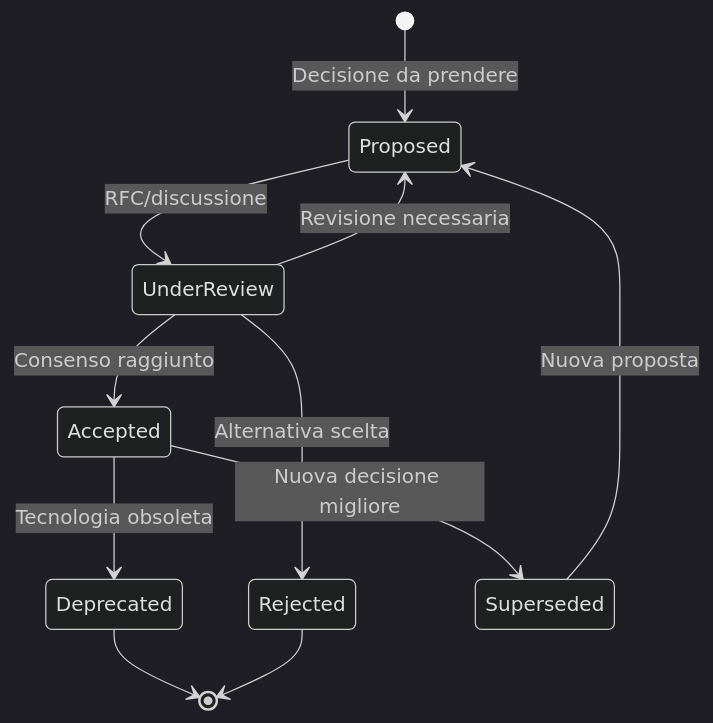
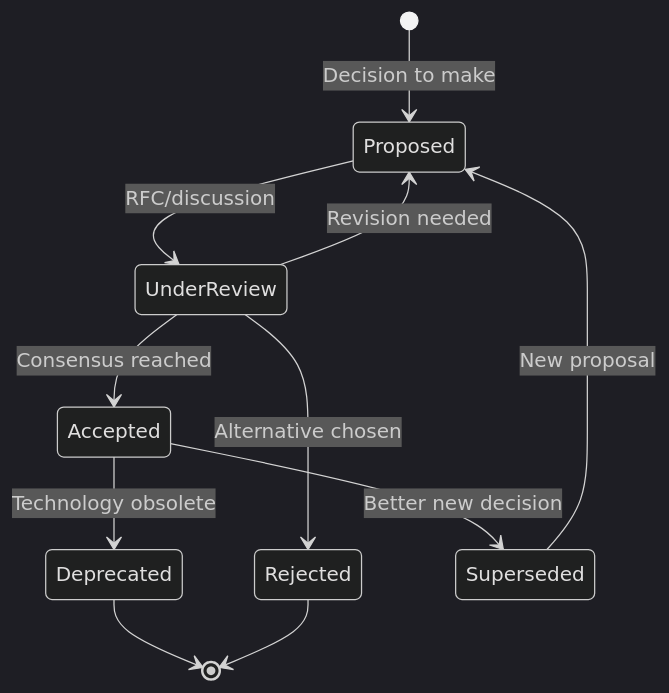
The second of 5 diagrams in diagrams/diagrams.md (ngwes/sdsd), drawn with Mermaid (dark theme) before and after one commit. The commit also changed other lines of this file and 13 other files, not shown here.

````diff
--- a/diagrams/diagrams.md
+++ b/diagrams/diagrams.md
@@ -67,13 +67,13 @@
 ```mermaid
 stateDiagram-v2
-    [*] --> Proposed : Decisione da prendere
-    Proposed --> UnderReview : RFC/discussione
-    UnderReview --> Proposed : Revisione necessaria
-    UnderReview --> Accepted : Consenso raggiunto
-    UnderReview --> Rejected : Alternativa scelta
-    Accepted --> Deprecated : Tecnologia obsoleta
-    Accepted --> Superseded : Nuova decisione migliore
+    [*] --> Proposed : Decision to make
+    Proposed --> UnderReview : RFC/discussion
+    UnderReview --> Proposed : Revision needed
+    UnderReview --> Accepted : Consensus reached
+    UnderReview --> Rejected : Alternative chosen
+    Accepted --> Deprecated : Technology obsolete
+    Accepted --> Superseded : Better new decision
     Deprecated --> [*]
     Rejected --> [*]
-    Superseded --> Proposed : Nuova proposta
+    Superseded --> Proposed : New proposal
 ```
````
